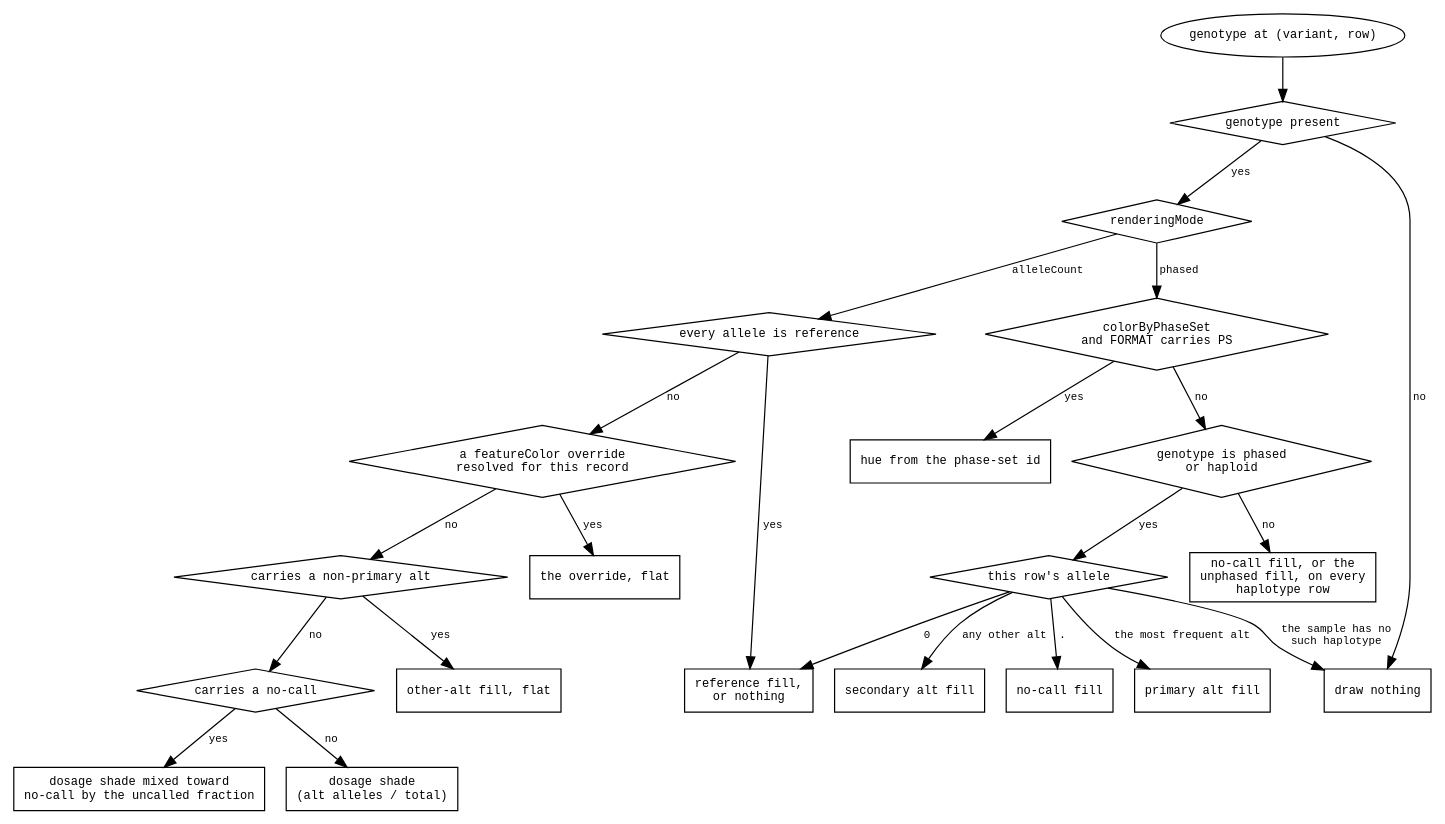
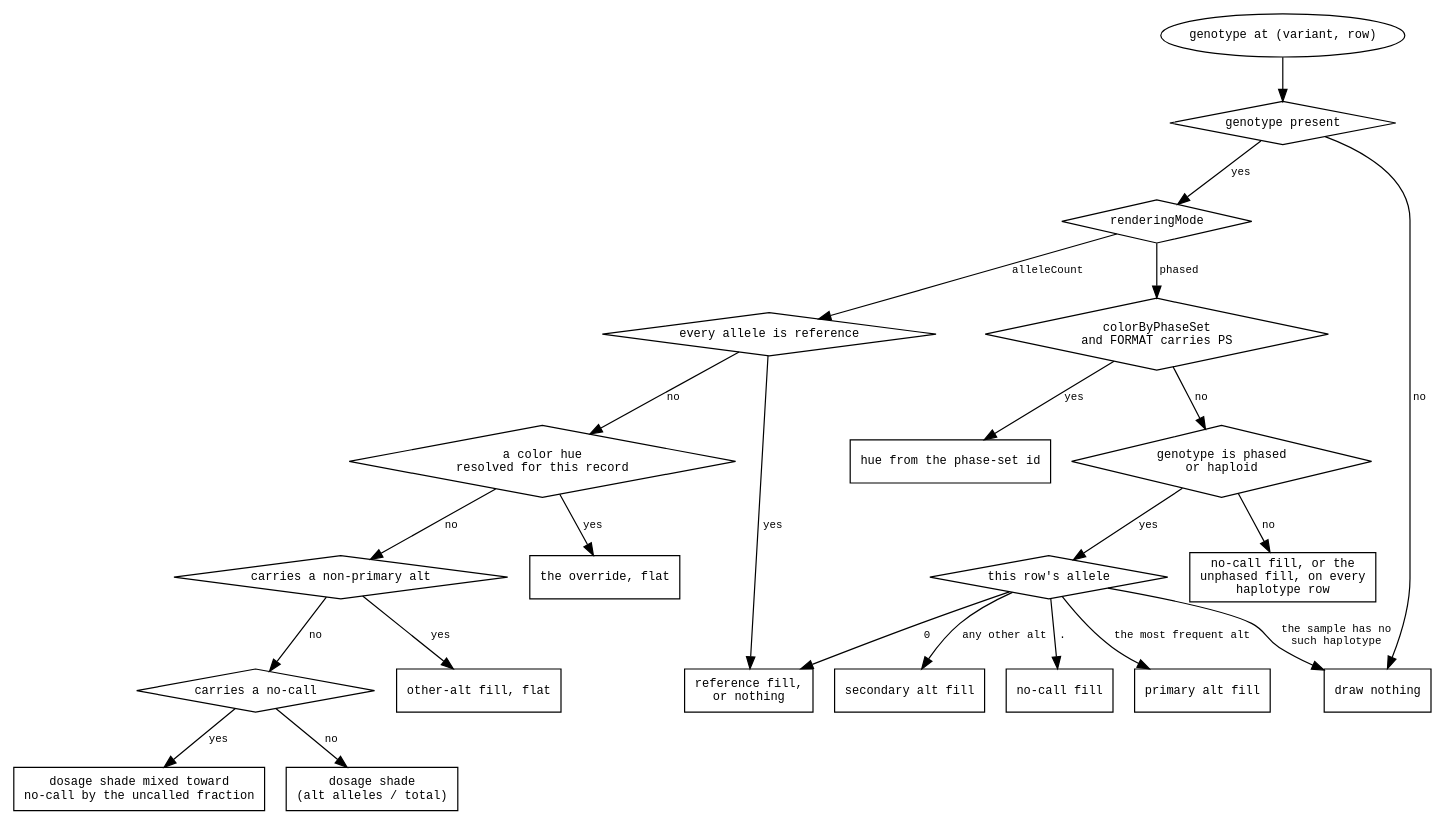
Before and after one commit to GMOD/jbrowse-components: the diagram in agent-docs/mechanisms/diagrams/variants-cell-colour.dot, drawn with Graphviz. The commit also changed 28 other files, not shown here.

```diff
--- a/agent-docs/mechanisms/diagrams/variants-cell-colour.dot
+++ b/agent-docs/mechanisms/diagrams/variants-cell-colour.dot
@@ -1,58 +1,58 @@
 digraph variant_cell_colour {
   rankdir=TB
   node [shape=box fontname=monospace fontsize=10]
   edge [fontname=monospace fontsize=9]
   { node [shape=diamond] have; mode; ps; phased; allele; allref; override; other; nocall }
 
   start [label="genotype at (variant, row)", shape=oval]
   start -> have
   have [label="genotype present"]
   have -> nothing [label=" no"]
   have -> mode    [label=" yes"]
   nothing [label="draw nothing"]
 
   mode [label="renderingMode"]
   mode -> ps     [label=" phased"]
   mode -> allref [label=" alleleCount"]
 
   ps [label="colorByPhaseSet\nand FORMAT carries PS"]
   ps -> pshue  [label=" yes"]
   ps -> phased [label=" no"]
   pshue [label="hue from the phase-set id"]
 
   phased [label="genotype is phased\nor haploid"]
   phased -> uncalled [label=" no"]
   phased -> allele   [label=" yes"]
   uncalled [label="no-call fill, or the\nunphased fill, on every\nhaplotype row"]
 
   allele [label="this row's allele"]
   allele -> nothing   [label=" the sample has no\n such haplotype"]
   allele -> nocallcol [label=" ."]
   allele -> refcol    [label=" 0"]
   allele -> primary   [label=" the most frequent alt"]
   allele -> secondary [label=" any other alt"]
   nocallcol [label="no-call fill"]
   refcol    [label="reference fill,\nor nothing"]
   primary   [label="primary alt fill"]
   secondary [label="secondary alt fill"]
 
   allref [label="every allele is reference"]
   allref -> refcol   [label=" yes"]
   allref -> override [label=" no"]
 
-  override [label="a featureColor override\nresolved for this record"]
+  override [label="a color hue\nresolved for this record"]
   override -> ovcol [label=" yes"]
   override -> other [label=" no"]
   ovcol [label="the override, flat"]
 
   other [label="carries a non-primary alt"]
   other -> othercol [label=" yes"]
   other -> nocall   [label=" no"]
   othercol [label="other-alt fill, flat"]
 
   nocall [label="carries a no-call"]
   nocall -> mixed  [label=" yes"]
   nocall -> dosage [label=" no"]
   mixed  [label="dosage shade mixed toward\nno-call by the uncalled fraction"]
   dosage [label="dosage shade\n(alt alleles / total)"]
 }
```
